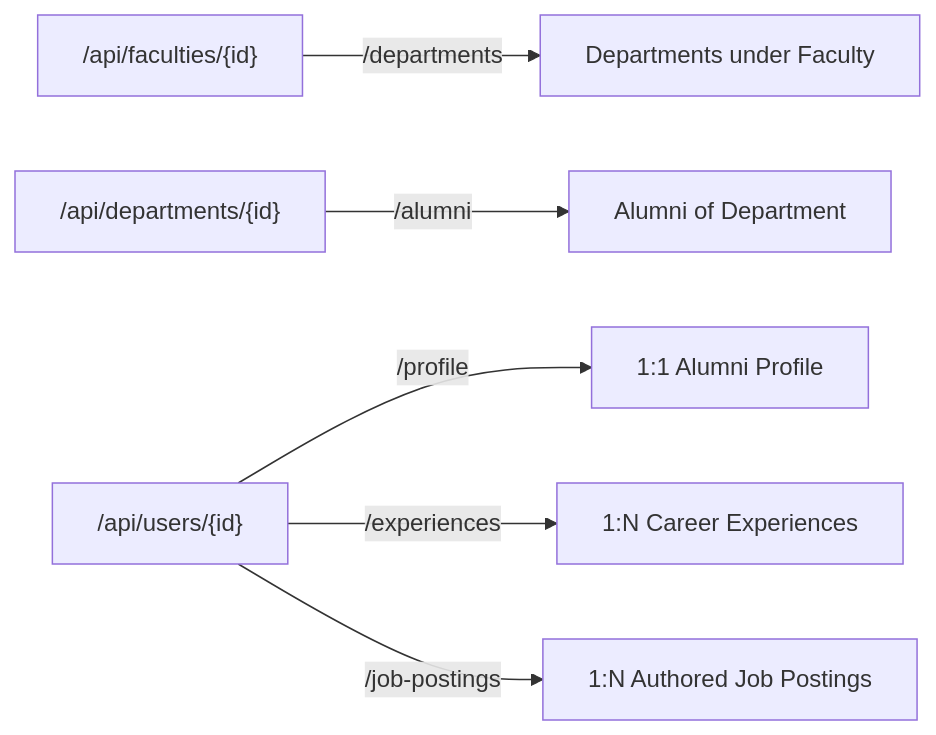
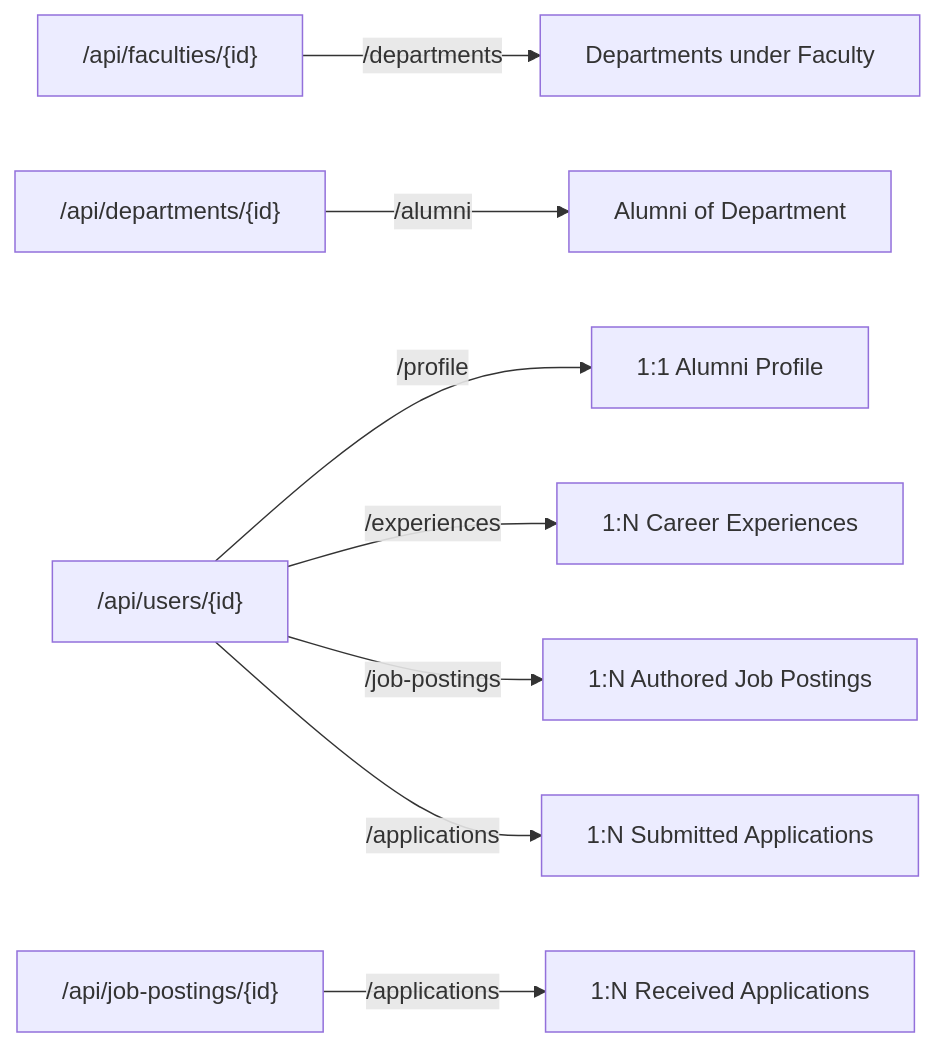
The sixth of 6 diagrams in add.md (gamze-sueda-akpinar/alumni), drawn with Mermaid before and after one commit. The commit also changed other lines of this file and 10 other files, not shown here.

````diff
--- a/add.md
+++ b/add.md
@@ -499,8 +575,10 @@
 ```mermaid
 graph LR
     Faculty["/api/faculties/{id}"] -->|"/departments"| FacultyDepts["Departments under Faculty"]
     Dept["/api/departments/{id}"] -->|"/alumni"| DeptAlumni["Alumni of Department"]
     User["/api/users/{id}"] -->|"/profile"| UserProfile["1:1 Alumni Profile"]
     User -->|"/experiences"| UserExp["1:N Career Experiences"]
     User -->|"/job-postings"| UserJobs["1:N Authored Job Postings"]
+    User -->|"/applications"| UserApps["1:N Submitted Applications"]
+    Job["/api/job-postings/{id}"] -->|"/applications"| JobApps["1:N Received Applications"]
 ```
````
